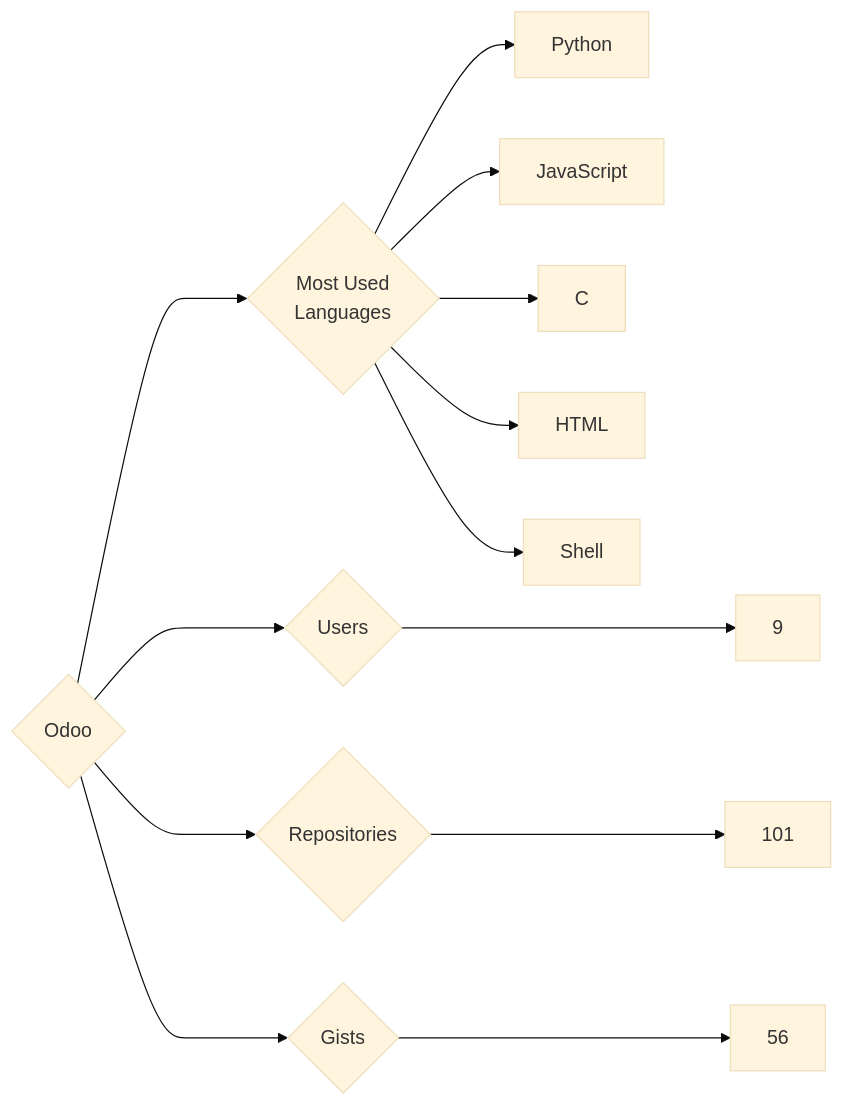
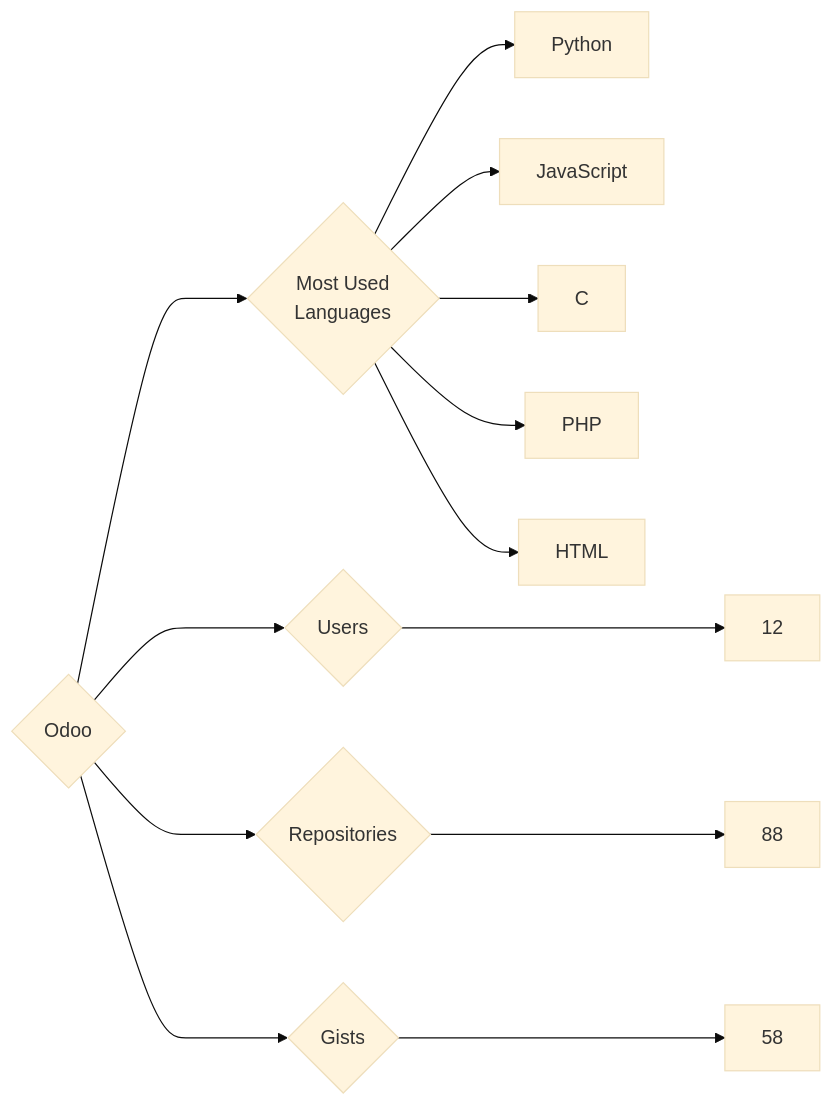
One commit to trickest/insiders changed the diagram in targets/Odoo/README.md. Above: the diagram before and after it, drawn with Mermaid (base theme). The commit also changed 1508 other files, not shown here.

````diff
--- a/targets/Odoo/README.md
+++ b/targets/Odoo/README.md
@@ -3,13 +3,13 @@
 ```mermaid
 graph LR
 COMPANY_NAME{Odoo}
-COMPANY_NAME ---> U{Users} ---> UN[9]
-COMPANY_NAME ---> R{Repositories} ---> RN[101]
-COMPANY_NAME ---> G{Gists} ---> GN[56]
+COMPANY_NAME ---> U{Users} ---> UN[12]
+COMPANY_NAME ---> R{Repositories} ---> RN[88]
+COMPANY_NAME ---> G{Gists} ---> GN[58]
 COMPANY_NAME ---> ML{Most Used<br>Languages}
 ML --> Python[Python]
 ML --> JavaScript[JavaScript]
 ML --> C[C]
+ML --> PHP[PHP]
 ML --> HTML[HTML]
-ML --> Shell[Shell]
 ```
````
